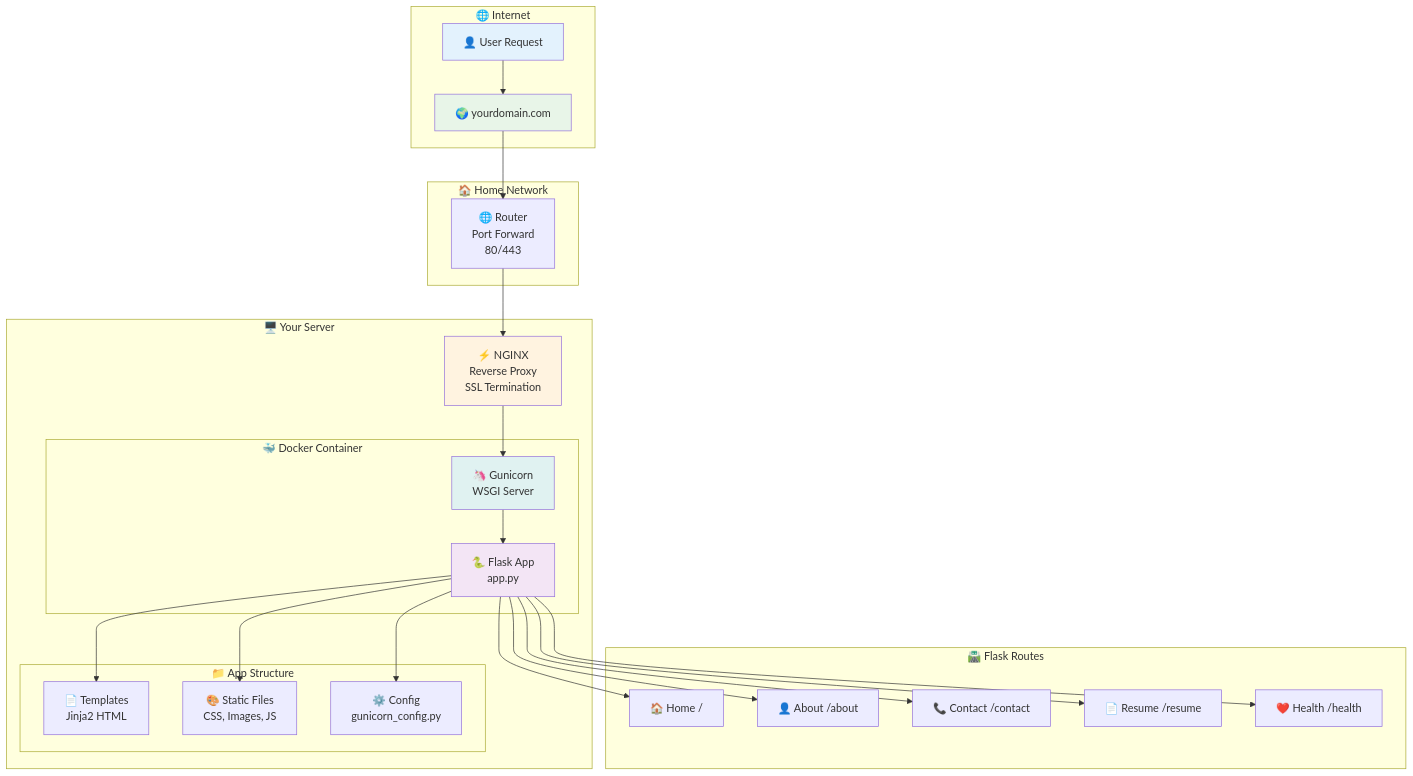
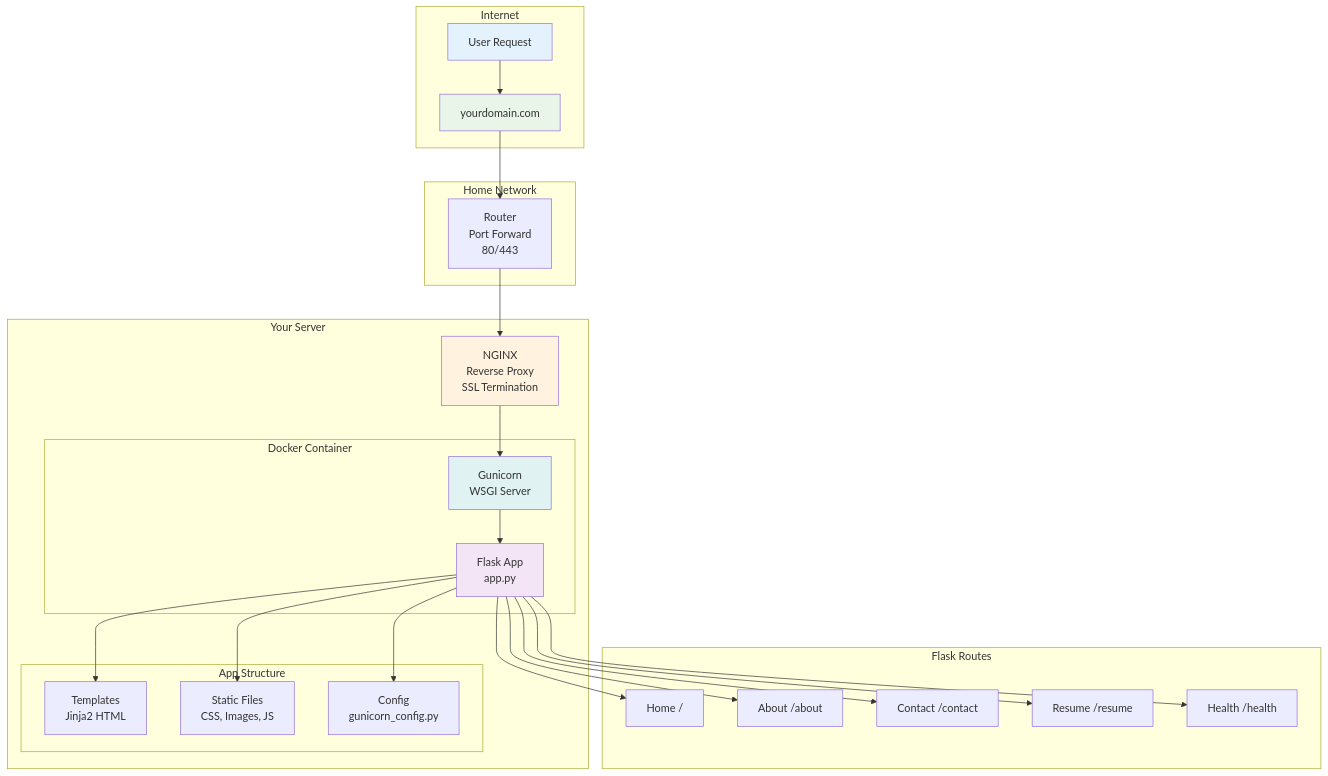
Before and after one commit to Burger-Byte/Portfolio-Web: the second of 2 diagrams in README.md, drawn with Mermaid. The commit also changed other lines of this file and 9 other files, not shown here.

````diff
--- a/README.md
+++ b/README.md
@@ -55,49 +55,49 @@
 ```mermaid
 flowchart TD
-    subgraph "🌐 Internet"
-        U[👤 User Request]
-        D[🌍 yourdomain.com]
+    subgraph "Internet"
+        U[User Request]
+        D[yourdomain.com]
     end
     
-    subgraph "🏠 Home Network"
-        R[🌐 Router<br/>Port Forward<br/>80/443]
+    subgraph "Home Network"
+        R[Router<br/>Port Forward<br/>80/443]
     end
     
-    subgraph "🖥️ Your Server"
-        N[⚡ NGINX<br/>Reverse Proxy<br/>SSL Termination]
+    subgraph "Your Server"
+        N[NGINX<br/>Reverse Proxy<br/>SSL Termination]
         
-        subgraph "🐳 Docker Container"
-            G[🦄 Gunicorn<br/>WSGI Server]
-            F[🐍 Flask App<br/>app.py]
+        subgraph "Docker Container"
+            G[Gunicorn<br/>WSGI Server]
+            F[Flask App<br/>app.py]
         end
         
-        subgraph "📁 App Structure"
-            T[📄 Templates<br/>Jinja2 HTML]
-            S[🎨 Static Files<br/>CSS, Images, JS]
-            C[⚙️ Config<br/>gunicorn_config.py]
+        subgraph "App Structure"
+            T[Templates<br/>Jinja2 HTML]
+            S[Static Files<br/>CSS, Images, JS]
+            C[Config<br/>gunicorn_config.py]
         end
     end
     
     U --> D
     D --> R
     R --> N
     N --> G
     G --> F
     F --> T
     F --> S
     F --> C
     
-    subgraph "🛣️ Flask Routes"
-        F --> H1[🏠 Home /]
-        F --> H2[👤 About /about]
-        F --> H3[📞 Contact /contact]
-        F --> H4[📄 Resume /resume]
-        F --> H5[❤️ Health /health]
+    subgraph "Flask Routes"
+        F --> H1[Home /]
+        F --> H2[About /about]
+        F --> H3[Contact /contact]
+        F --> H4[Resume /resume]
+        F --> H5[Health /health]
     end
     
     style U fill:#e3f2fd
     style D fill:#e8f5e8
     style N fill:#fff3e0
     style F fill:#f3e5f5
     style G fill:#e0f2f1
 ```
````
